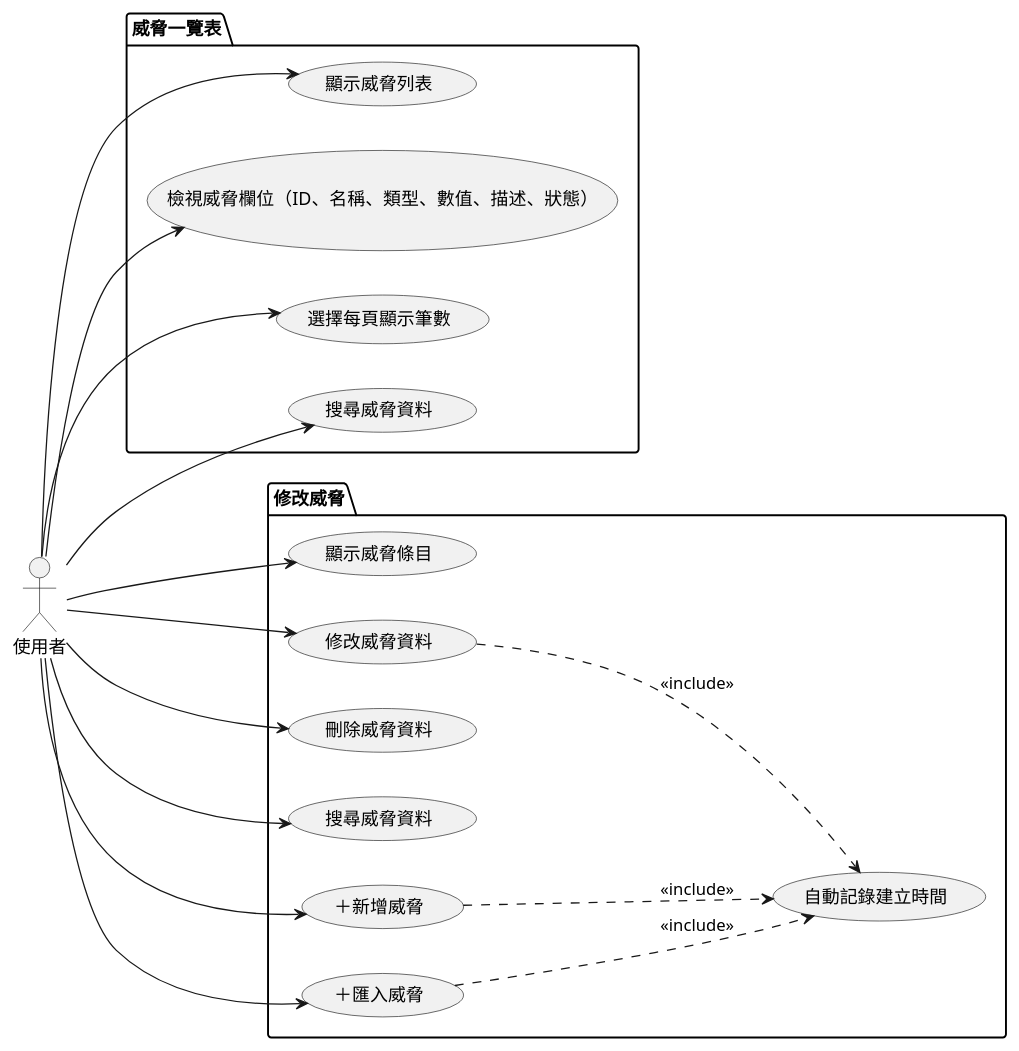
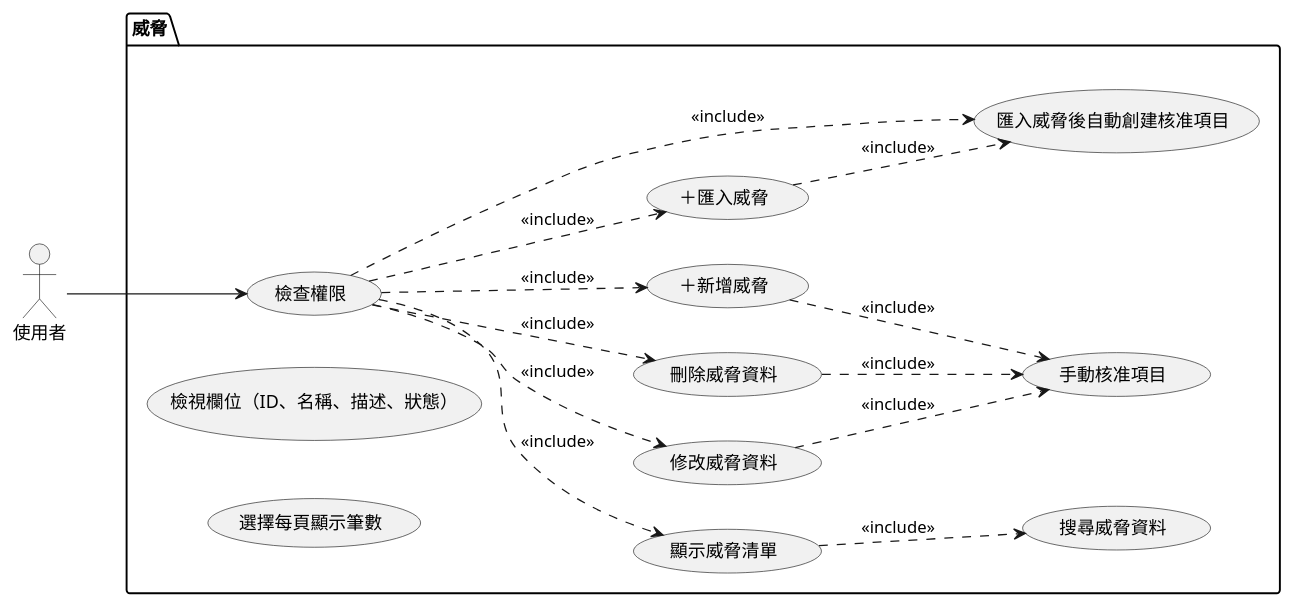
Before and after one commit to walle45611/NTUB_SecuManag_Diagram: the diagram in mermaid/use_case/threat_overview&edit.puml, drawn with PlantUML. The commit also changed 6 other files, not shown here.

Commit message:
(refactor): 更新用例圖，調整用例名稱及關聯以提升清晰度

```diff
--- a/mermaid/use_case/threat_overview&edit.puml
+++ b/mermaid/use_case/threat_overview&edit.puml
@@ -1,39 +1,35 @@
 @startuml threat_overview
 
 left to right direction
 
 actor 使用者
 
-package "威脅一覽表" {
-    usecase "顯示威脅列表" as UC1
-    usecase "檢視威脅欄位（ID、名稱、類型、數值、描述、狀態）" as UC2
+package "威脅" {
+    usecase "檢查權限" as UC12
+    usecase "顯示威脅清單" as UC1
+    usecase "檢視欄位（ID、名稱、描述、狀態）" as UC2
     usecase "選擇每頁顯示筆數" as UC3
     usecase "搜尋威脅資料" as UC4
+    usecase "修改威脅資料" as UC5
+    usecase "刪除威脅資料" as UC6
+    usecase "＋新增威脅" as UC7
+    usecase "＋匯入威脅" as UC8
+    usecase "匯入威脅後自動創建核准項目" as UC10
+    usecase "手動核准項目" as UC11
 }
 
-package "修改威脅" {
-    usecase "顯示威脅條目" as UC5
-    usecase "修改威脅資料" as UC6
-    usecase "刪除威脅資料" as UC7
-    usecase "搜尋威脅資料" as UC8
-    usecase "＋新增威脅" as UC9
-    usecase "＋匯入威脅" as UC10
-    usecase "自動記錄建立時間" as UC11
-}
+使用者 --> UC12
+UC12 .down.> UC1 : <<include>>
+UC12 .down.> UC5 : <<include>>
+UC12 .down.> UC6 : <<include>>
+UC12 .down.> UC7 : <<include>>
+UC12 .down.> UC8 : <<include>>
+UC12 .down.> UC10 : <<include>>
 
+UC1 .down.> UC4 : <<include>>
+UC5 .down.> UC11 : <<include>>
 UC6 .down.> UC11 : <<include>>
-UC9 .down.> UC11 : <<include>>
-UC10 .down.> UC11 : <<include>>
-
-使用者 --> UC1
-使用者 --> UC2
-使用者 --> UC3
-使用者 --> UC4
-使用者 --> UC5
-使用者 --> UC6
-使用者 --> UC7
-使用者 --> UC8
-使用者 --> UC9
-使用者 --> UC10
+UC7 .down.> UC11 : <<include>>
+UC8 .down.> UC10 : <<include>>
 
 @enduml
```
